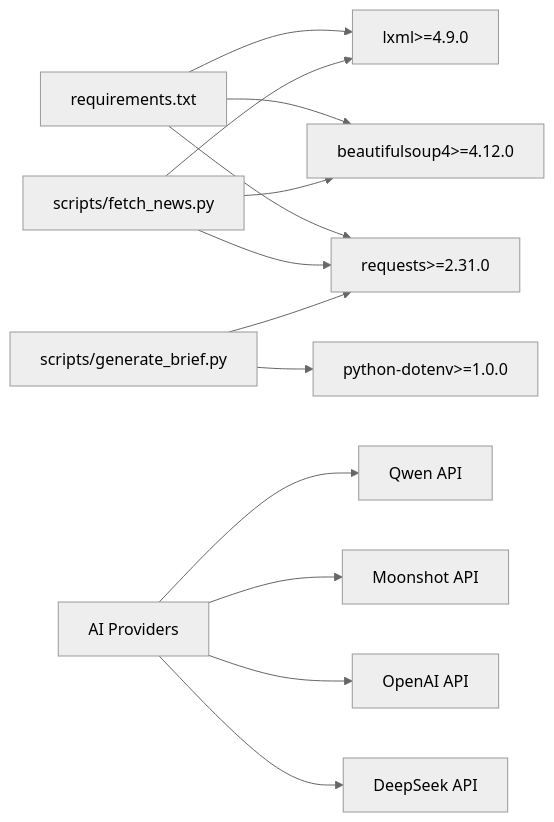
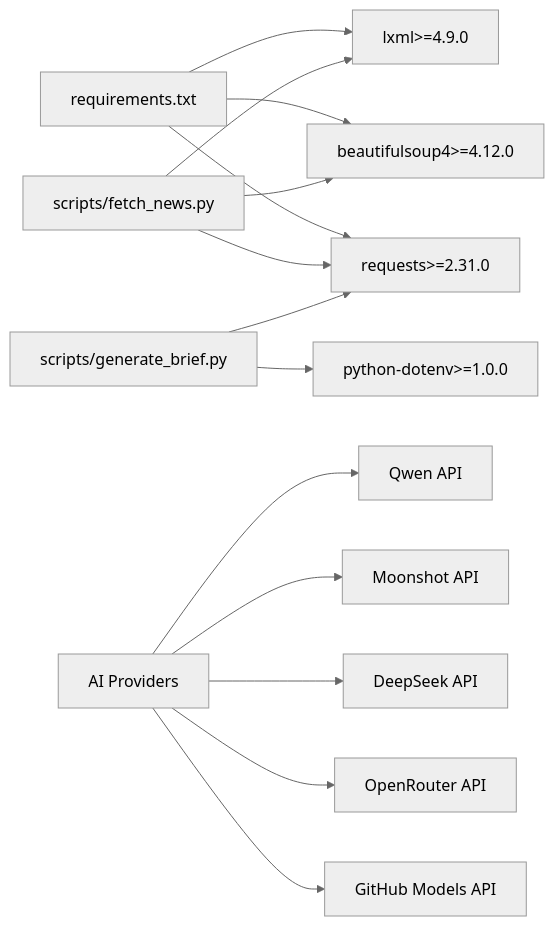
Before and after one commit to junxie01/daily_news: the third of 4 diagrams in .qoder/repowiki/en/content/Data Management.md, drawn with Mermaid (neutral theme). The commit also changed other lines of this file and 3 other files, not shown here.

````diff
--- a/.qoder/repowiki/en/content/Data Management.md
+++ b/.qoder/repowiki/en/content/Data Management.md
@@ -426,15 +430,16 @@
 ```mermaid
 graph LR
 A["requirements.txt"] --> B["requests>=2.31.0"]
 A --> C["beautifulsoup4>=4.12.0"]
 A --> D["lxml>=4.9.0"]
 E["scripts/fetch_news.py"] --> B
 E --> C
 E --> D
 F["scripts/generate_brief.py"] --> B
 F --> G["python-dotenv>=1.0.0"]
-H["AI Providers"] --> I["DeepSeek API"]
-H --> J["OpenAI API"]
-H --> K["Moonshot API"]
-H --> L["Qwen API"]
+H["AI Providers"] --> I["GitHub Models API"]
+H --> J["OpenRouter API"]
+H --> K["DeepSeek API"]
+H --> L["Moonshot API"]
+H --> M["Qwen API"]
 ```
````
